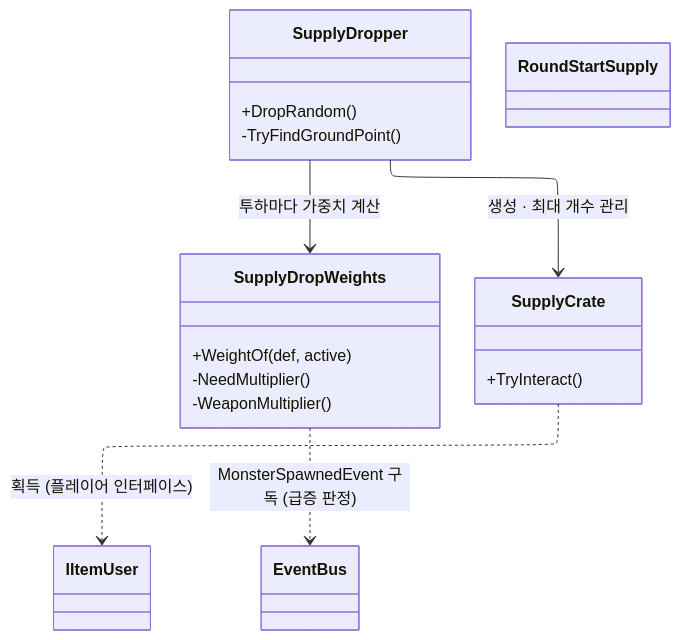
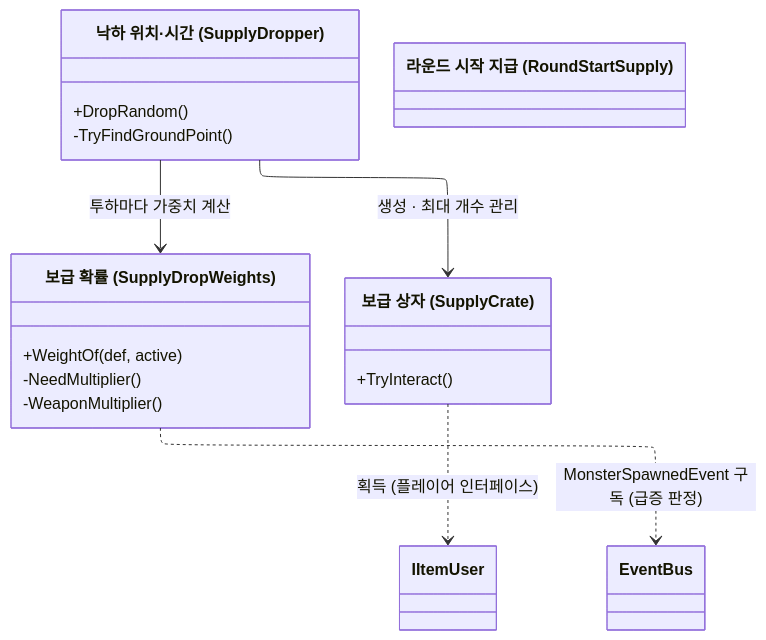
One commit to pinkshield/portfolio changed the fourth of 8 diagrams in src/4-team-even/기술문서.md. Above: the diagram before and after it, drawn with Mermaid. The commit also changed other lines of this file and 4 other files, not shown here.

````diff
--- a/src/4-team-even/기술문서.md
+++ b/src/4-team-even/기술문서.md
@@ -159,21 +207,21 @@
 ```mermaid
 %%{init: {"layout": "elk"}}%%
 classDiagram
-    class SupplyDropper {
+    class SupplyDropper["낙하 위치·시간 (SupplyDropper)"] {
         +DropRandom()
         -TryFindGroundPoint()
     }
-    class SupplyDropWeights {
+    class SupplyDropWeights["보급 확률 (SupplyDropWeights)"] {
         +WeightOf(def, active)
         -NeedMultiplier()
         -WeaponMultiplier()
     }
-    class SupplyCrate {
+    class SupplyCrate["보급 상자 (SupplyCrate)"] {
         +TryInteract()
     }
-    class RoundStartSupply
+    class RoundStartSupply["라운드 시작 지급 (RoundStartSupply)"]
     SupplyDropper --> SupplyDropWeights : 투하마다 가중치 계산
     SupplyDropper --> SupplyCrate : 생성 · 최대 개수 관리
     SupplyCrate ..> IItemUser : 획득 (플레이어 인터페이스)
     SupplyDropWeights ..> EventBus : MonsterSpawnedEvent 구독 (급증 판정)
 ```
````
